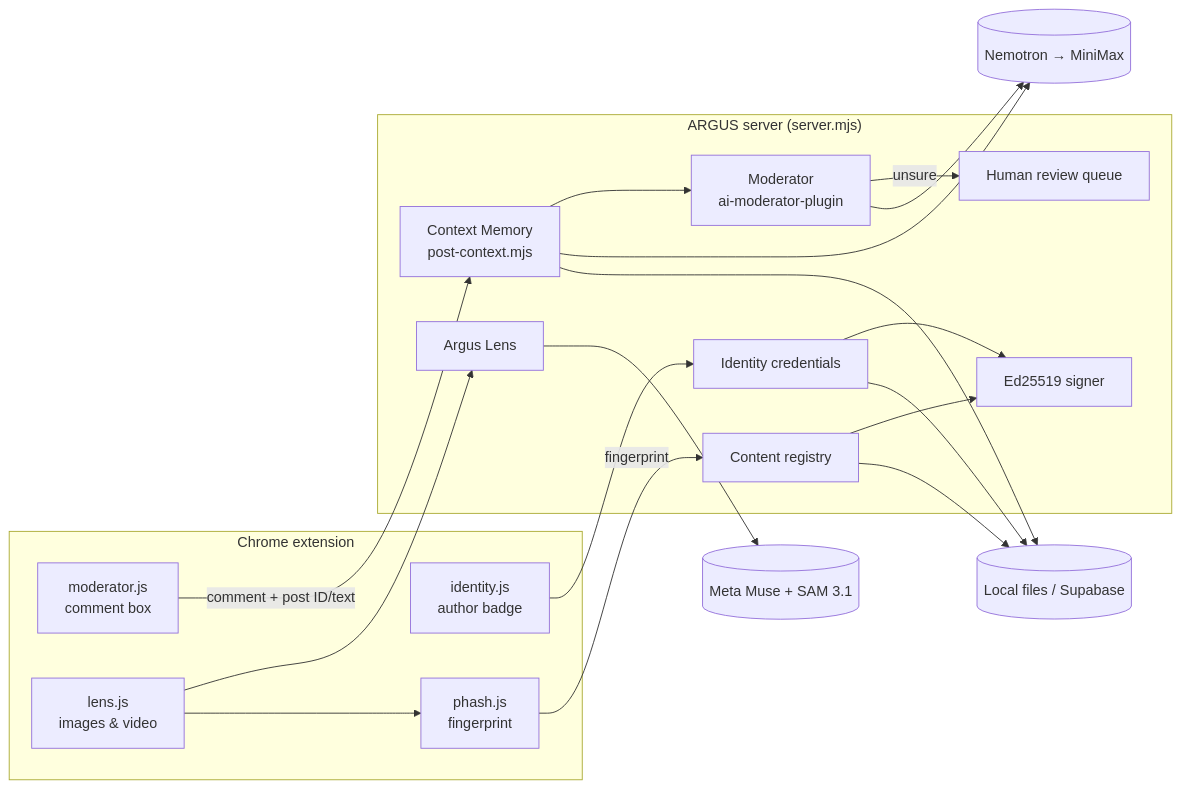
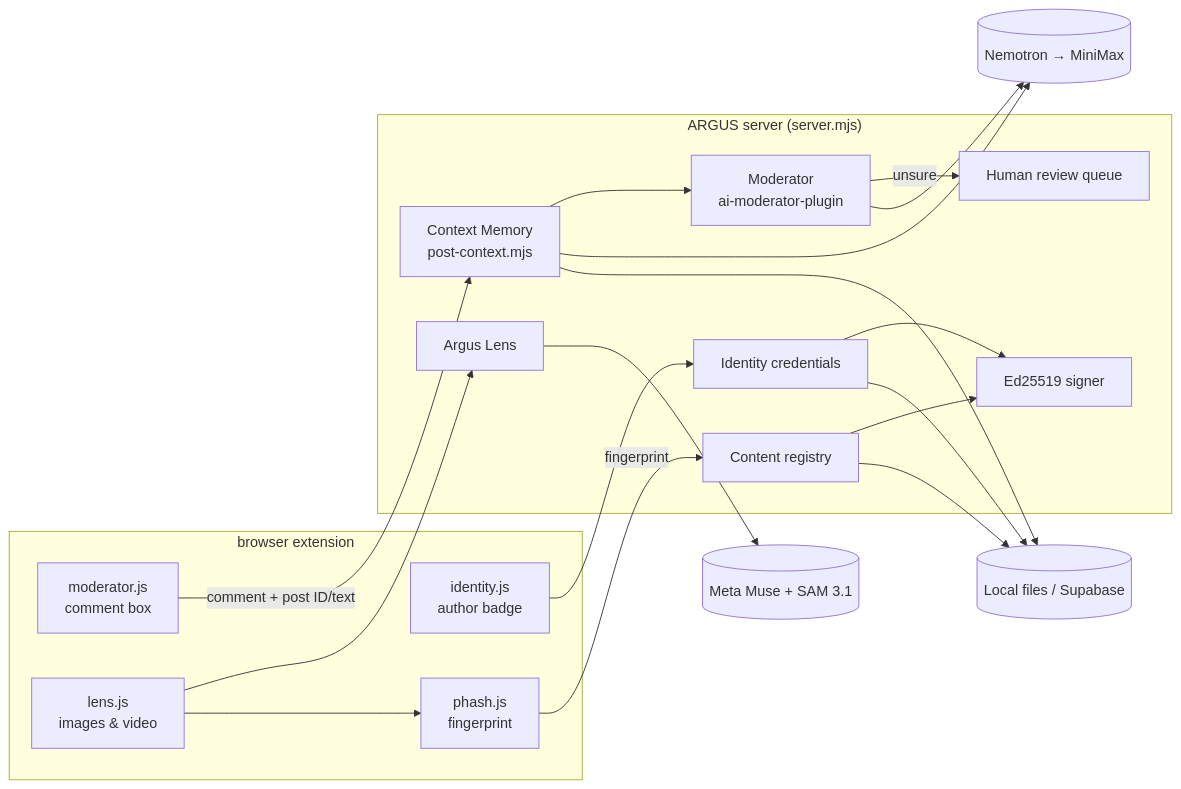
Before and after one commit to sih2026hack-cyber/ARGUS: the diagram in README.md, drawn with Mermaid. The commit also changed other lines of this file and 2 other files, not shown here.

````diff
--- a/README.md
+++ b/README.md
@@ -44,28 +60,28 @@
 ```mermaid
 flowchart LR
-  subgraph Browser["Chrome extension"]
+  subgraph Browser["browser extension"]
     M["moderator.js<br/>comment box"]
     L["lens.js<br/>images & video"]
     I["identity.js<br/>author badge"]
     P["phash.js<br/>fingerprint"]
   end
   subgraph Server["ARGUS server (server.mjs)"]
     CM["Context Memory<br/>post-context.mjs"]
     MOD["Moderator<br/>ai-moderator-plugin"]
     LENS["Argus Lens"]
     REG["Content registry"]
     ID["Identity credentials"]
     SIG["Ed25519 signer"]
     Q["Human review queue"]
   end
   M -- "comment + post ID/text" --> CM --> MOD
   MOD -- unsure --> Q
   L --> LENS
   L --> P -- "fingerprint" --> REG
   I --> ID
   REG --> SIG
   ID --> SIG
   MOD & CM --> LLM[("Nemotron → MiniMax")]
   LENS --> META[("Meta Muse + SAM 3.1")]
   CM & REG & ID --> DB[("Local files / Supabase")]
 ```
````
